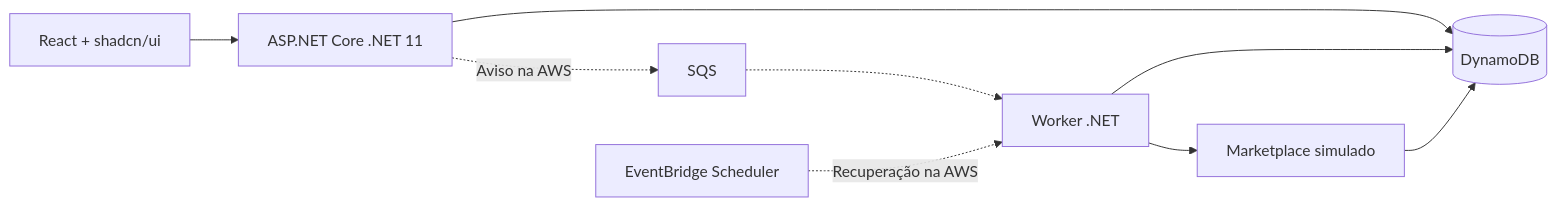
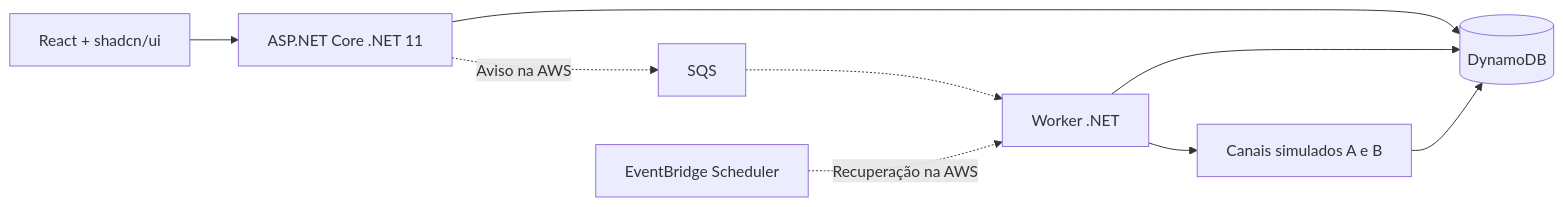
The diagram in README.md (Kinu1/syncforge-estoque), drawn with Mermaid before and after one commit. The commit also changed other lines of this file and 1 other file, not shown here.

````diff
--- a/README.md
+++ b/README.md
@@ -29,11 +37,11 @@
 ```mermaid
 flowchart LR
     UI["React + shadcn/ui"] --> API["ASP.NET Core .NET 11"]
     API --> DB[("DynamoDB")]
     API -. "Aviso na AWS" .-> SQS["SQS"]
     SQS -.-> Worker["Worker .NET"]
     Schedule["EventBridge Scheduler"] -. "Recuperação na AWS" .-> Worker
     Worker --> DB
-    Worker --> Sim["Marketplace simulado"]
+    Worker --> Sim["Canais simulados A e B"]
     Sim --> DB
 ```
````
